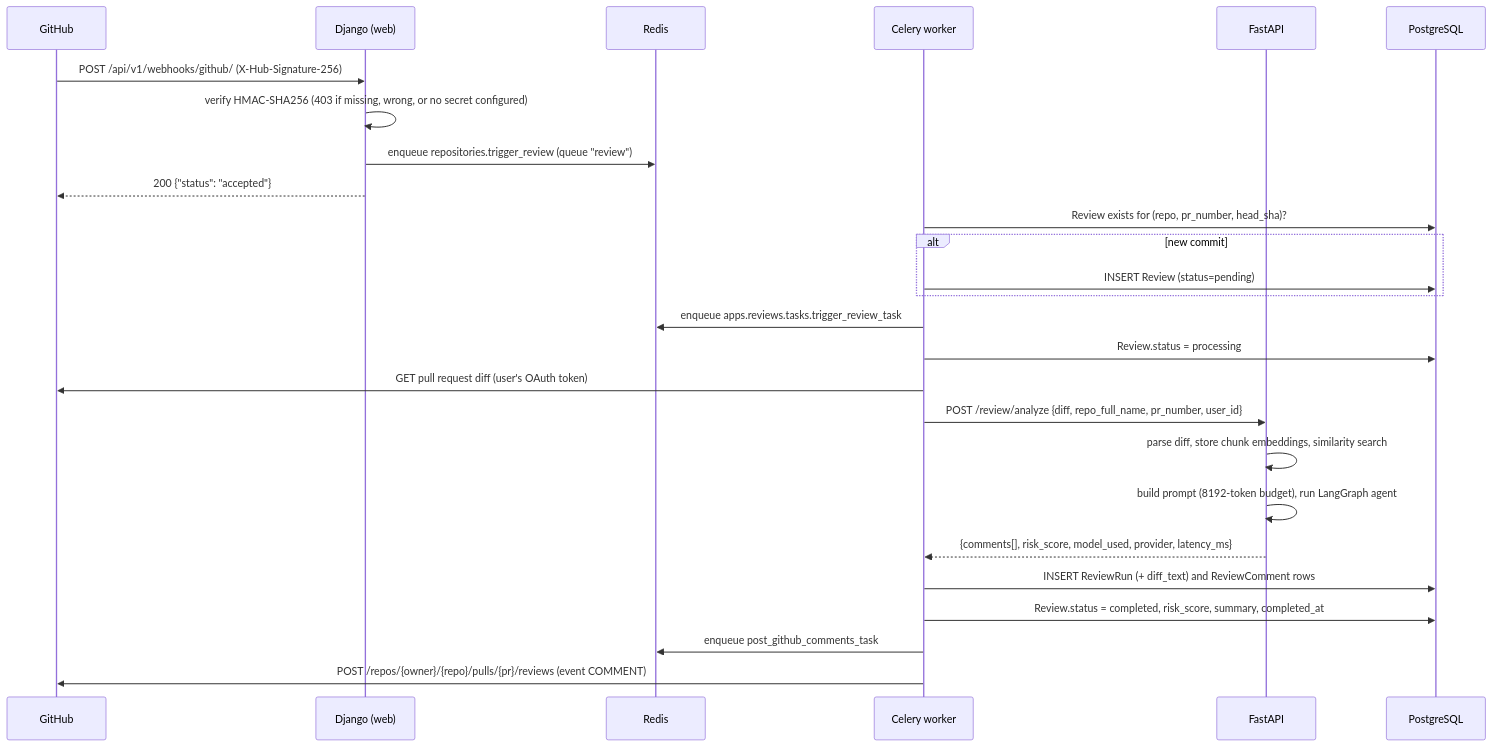
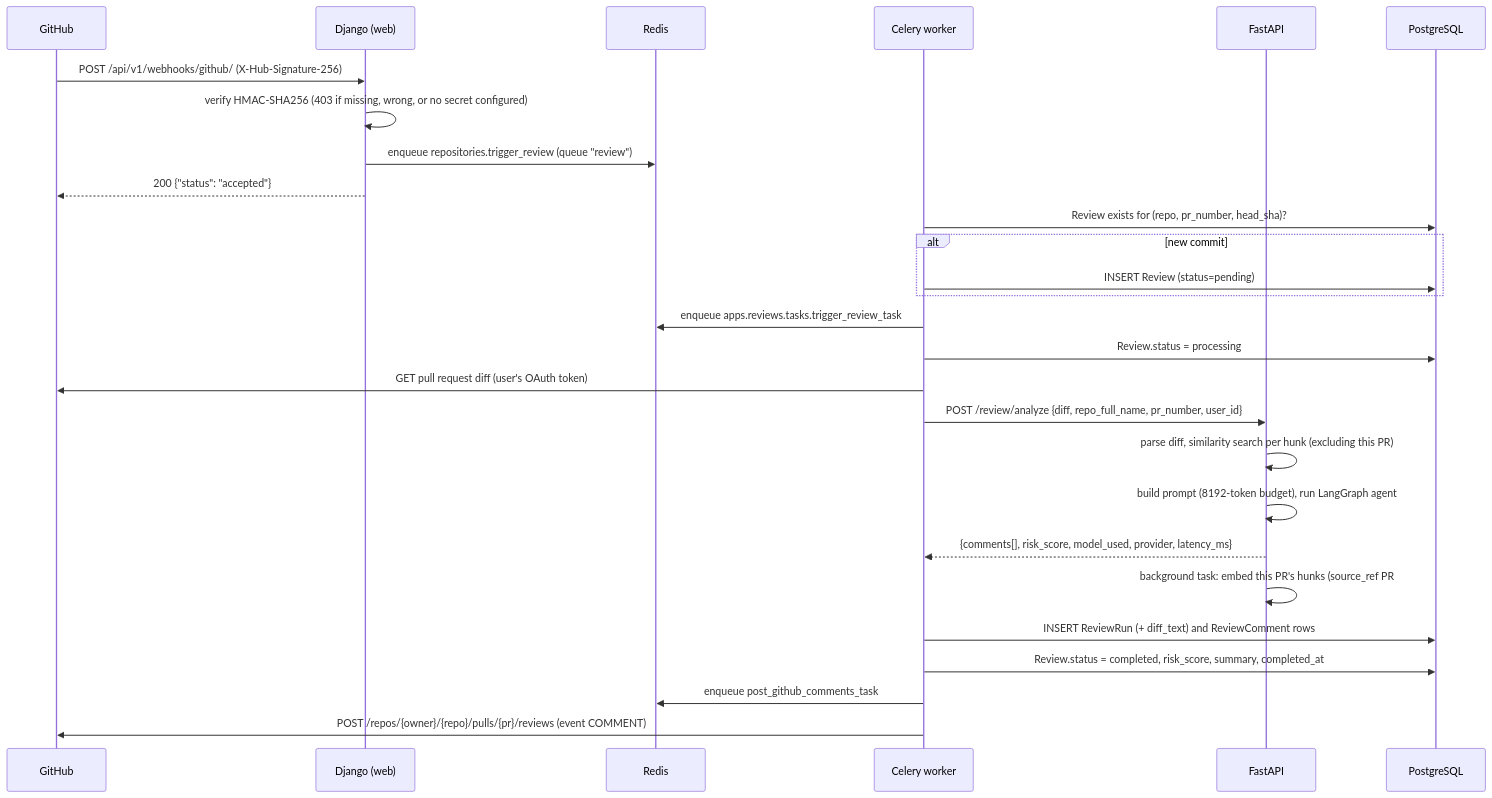
The second of 10 diagrams in docs/SYSTEM_ARCHITECTURE.md (muhammedsiinanmp/Devmind), drawn with Mermaid before and after one commit. The commit also changed other lines of this file and 1 other file, not shown here.

````diff
--- a/docs/SYSTEM_ARCHITECTURE.md
+++ b/docs/SYSTEM_ARCHITECTURE.md
@@ -146,33 +146,34 @@
 ```mermaid
 sequenceDiagram
     participant GH as GitHub
     participant DJ as Django (web)
     participant RD as Redis
     participant CW as Celery worker
     participant FA as FastAPI
     participant PG as PostgreSQL
 
     GH->>DJ: POST /api/v1/webhooks/github/ (X-Hub-Signature-256)
     DJ->>DJ: verify HMAC-SHA256 (403 if missing, wrong, or no secret configured)
     DJ->>RD: enqueue repositories.trigger_review (queue "review")
     DJ-->>GH: 200 {"status": "accepted"}
 
     CW->>PG: Review exists for (repo, pr_number, head_sha)?
     alt new commit
         CW->>PG: INSERT Review (status=pending)
     end
     CW->>RD: enqueue apps.reviews.tasks.trigger_review_task
 
     CW->>PG: Review.status = processing
     CW->>GH: GET pull request diff (user's OAuth token)
     CW->>FA: POST /review/analyze {diff, repo_full_name, pr_number, user_id}
-    FA->>FA: parse diff, store chunk embeddings, similarity search
+    FA->>FA: parse diff, similarity search per hunk (excluding this PR)
     FA->>FA: build prompt (8192-token budget), run LangGraph agent
     FA-->>CW: {comments[], risk_score, model_used, provider, latency_ms}
+    FA->>FA: background task: embed this PR's hunks (source_ref PR#<n>)
 
     CW->>PG: INSERT ReviewRun (+ diff_text) and ReviewComment rows
     CW->>PG: Review.status = completed, risk_score, summary, completed_at
     CW->>RD: enqueue post_github_comments_task
 
     CW->>GH: POST /repos/{owner}/{repo}/pulls/{pr}/reviews (event COMMENT)
 ```
````
